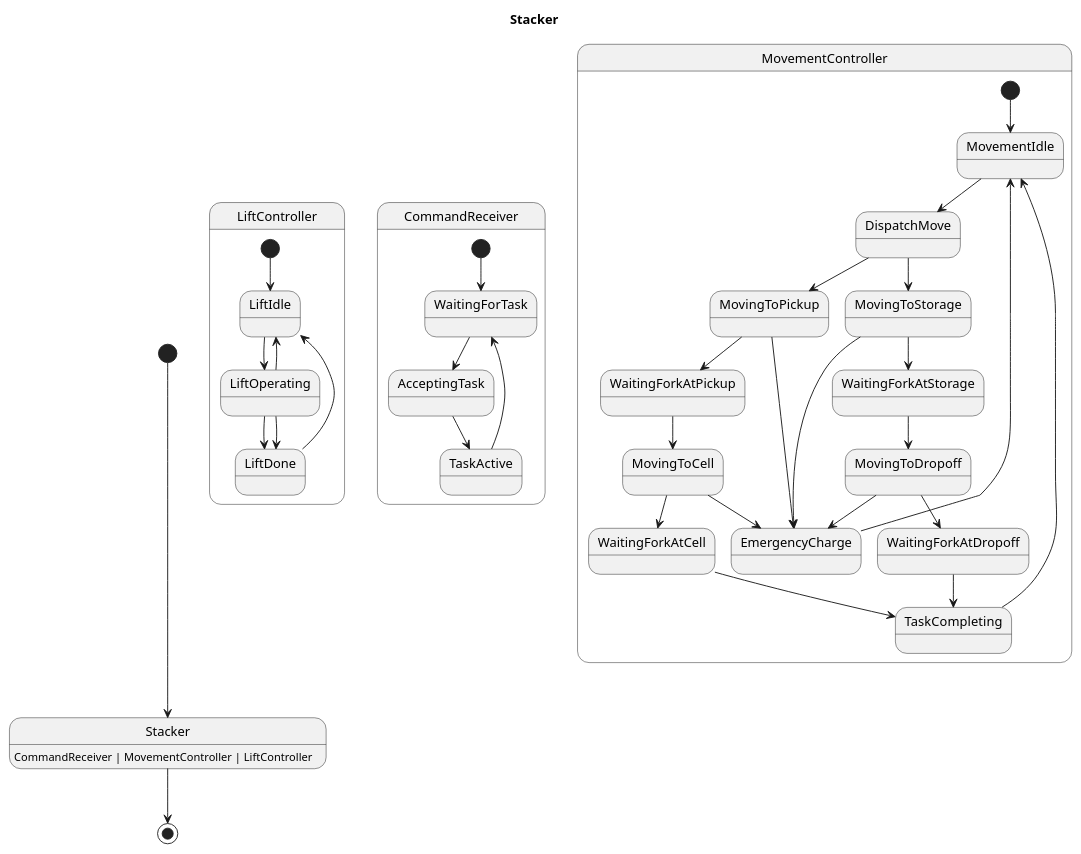
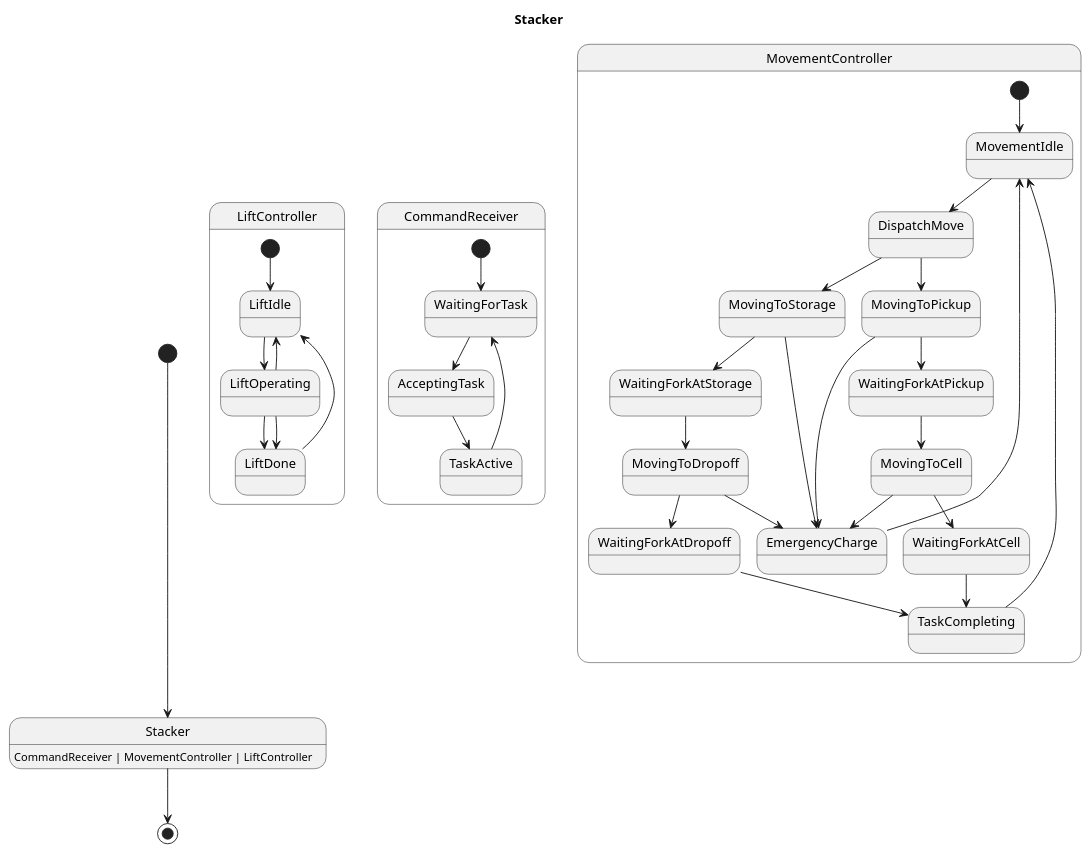
The diagram in examples/generated/plantuml/stacker.puml (Pastor/Takt), drawn with PlantUML before and after one commit. The commit also changed other lines of this file and 15 other files, not shown here.

```diff
--- a/examples/generated/plantuml/stacker.puml
+++ b/examples/generated/plantuml/stacker.puml
@@ -1,45 +1,45 @@
 @startuml
 title Stacker
 
 [*] --> Stacker
 Stacker : CommandReceiver | MovementController | LiftController
 Stacker --> [*]
 
 state LiftController {
     [*] --> LiftIdle
     LiftOperating --> LiftDone
     LiftOperating --> LiftDone
     LiftOperating --> LiftIdle
     LiftIdle --> LiftOperating
     LiftDone --> LiftIdle
 }
 
 state CommandReceiver {
     [*] --> WaitingForTask
+    WaitingForTask --> AcceptingTask
+    AcceptingTask --> TaskActive
     TaskActive --> WaitingForTask
-    AcceptingTask --> TaskActive
-    WaitingForTask --> AcceptingTask
 }
 
 state MovementController {
     [*] --> MovementIdle
     EmergencyCharge --> MovementIdle
+    MovingToCell --> WaitingForkAtCell
+    MovingToCell --> EmergencyCharge
+    MovingToDropoff --> WaitingForkAtDropoff
+    MovingToDropoff --> EmergencyCharge
     MovingToPickup --> WaitingForkAtPickup
     MovingToPickup --> EmergencyCharge
+    MovementIdle --> DispatchMove
+    WaitingForkAtStorage --> MovingToDropoff
     WaitingForkAtDropoff --> TaskCompleting
-    MovementIdle --> DispatchMove
+    TaskCompleting --> MovementIdle
+    DispatchMove --> MovingToPickup
+    DispatchMove --> MovingToStorage
+    WaitingForkAtCell --> TaskCompleting
     WaitingForkAtPickup --> MovingToCell
-    WaitingForkAtCell --> TaskCompleting
-    MovingToCell --> WaitingForkAtCell
-    MovingToCell --> EmergencyCharge
-    TaskCompleting --> MovementIdle
-    MovingToDropoff --> WaitingForkAtDropoff
-    MovingToDropoff --> EmergencyCharge
     MovingToStorage --> WaitingForkAtStorage
     MovingToStorage --> EmergencyCharge
-    DispatchMove --> MovingToPickup
-    DispatchMove --> MovingToStorage
-    WaitingForkAtStorage --> MovingToDropoff
 }
 
 @enduml
```
